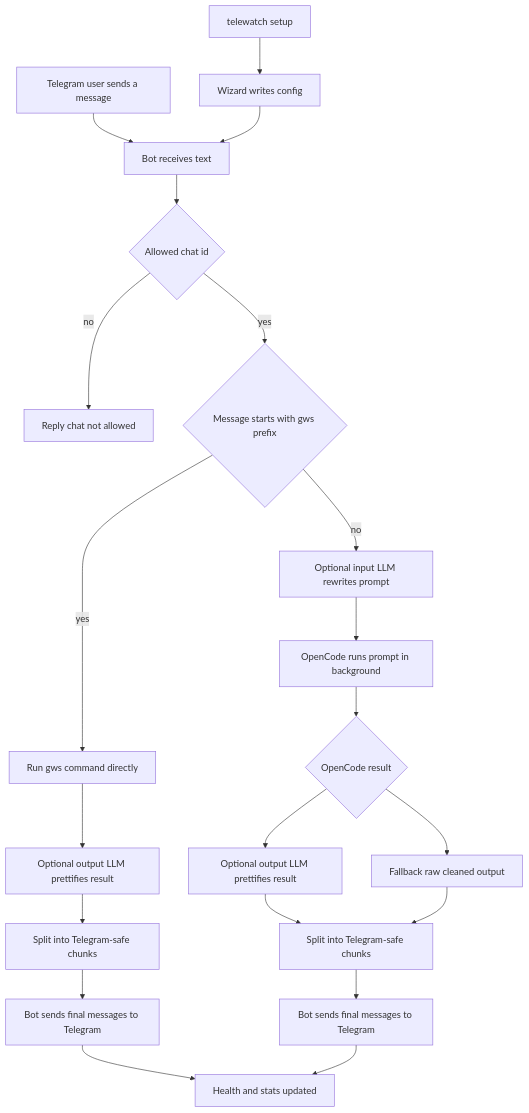
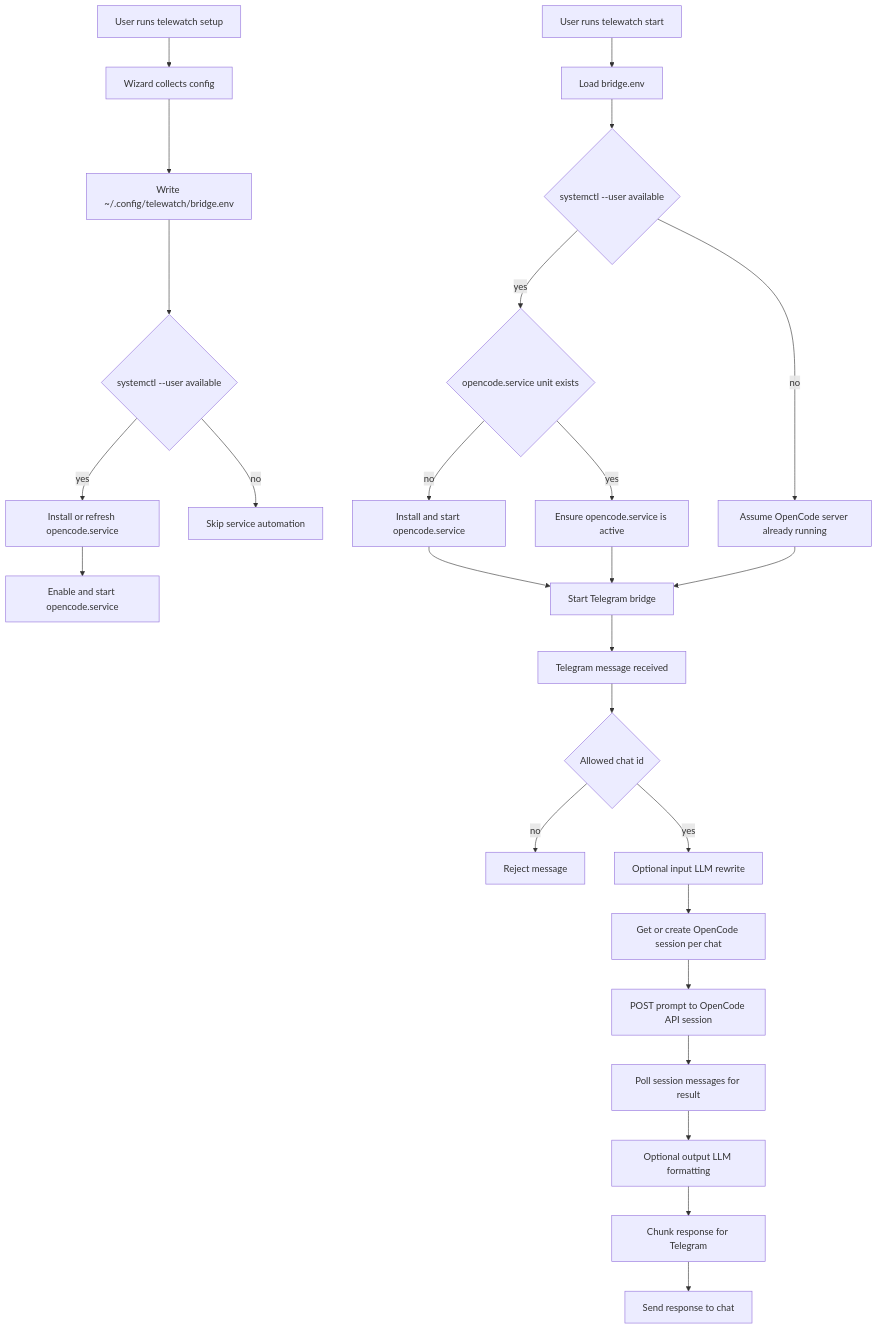
One commit to ArindamTripathi619/openbridge changed the first of 2 diagrams in README.md. Above: the diagram before and after it, drawn with Mermaid. The commit also changed other lines of this file and 8 other files, not shown here.

````diff
--- a/README.md
+++ b/README.md
@@ -25,23 +17,31 @@
 ```mermaid
 flowchart TD
-    A[Telegram user sends a message] --> B[Bot receives text]
-    B --> C{Allowed chat id}
-    C -- no --> D[Reply chat not allowed]
-    C -- yes --> E{Message starts with gws prefix}
-    E -- yes --> F[Run gws command directly]
-    F --> G[Optional output LLM prettifies result]
-    G --> H[Split into Telegram-safe chunks]
-    H --> I[Bot sends final messages to Telegram]
-    E -- no --> J[Optional input LLM rewrites prompt]
-    J --> K[OpenCode runs prompt in background]
-    K --> L{OpenCode result}
-    L --> M[Optional output LLM prettifies result]
-    L --> N[Fallback raw cleaned output]
-    M --> O[Split into Telegram-safe chunks]
-    N --> O
-    O --> P[Bot sends final messages to Telegram]
-    I --> Q[Health and stats updated]
-    P --> Q
-    R[telewatch setup] --> S[Wizard writes config]
-    S --> B
+  A[User runs telewatch setup] --> B[Wizard collects config]
+  B --> C[Write ~/.config/telewatch/bridge.env]
+  C --> D{systemctl --user available}
+  D -- yes --> E[Install or refresh opencode.service]
+  E --> F[Enable and start opencode.service]
+  D -- no --> G[Skip service automation]
+
+  H[User runs telewatch start] --> I[Load bridge.env]
+  I --> J{systemctl --user available}
+  J -- yes --> K{opencode.service unit exists}
+  K -- no --> L[Install and start opencode.service]
+  K -- yes --> M[Ensure opencode.service is active]
+  J -- no --> N[Assume OpenCode server already running]
+
+  L --> O[Start Telegram bridge]
+  M --> O
+  N --> O
+
+  O --> P[Telegram message received]
+  P --> Q{Allowed chat id}
+  Q -- no --> R[Reject message]
+  Q -- yes --> S[Optional input LLM rewrite]
+  S --> T[Get or create OpenCode session per chat]
+  T --> U[POST prompt to OpenCode API session]
+  U --> V[Poll session messages for result]
+  V --> W[Optional output LLM formatting]
+  W --> X[Chunk response for Telegram]
+  X --> Y[Send response to chat]
 ```
````
